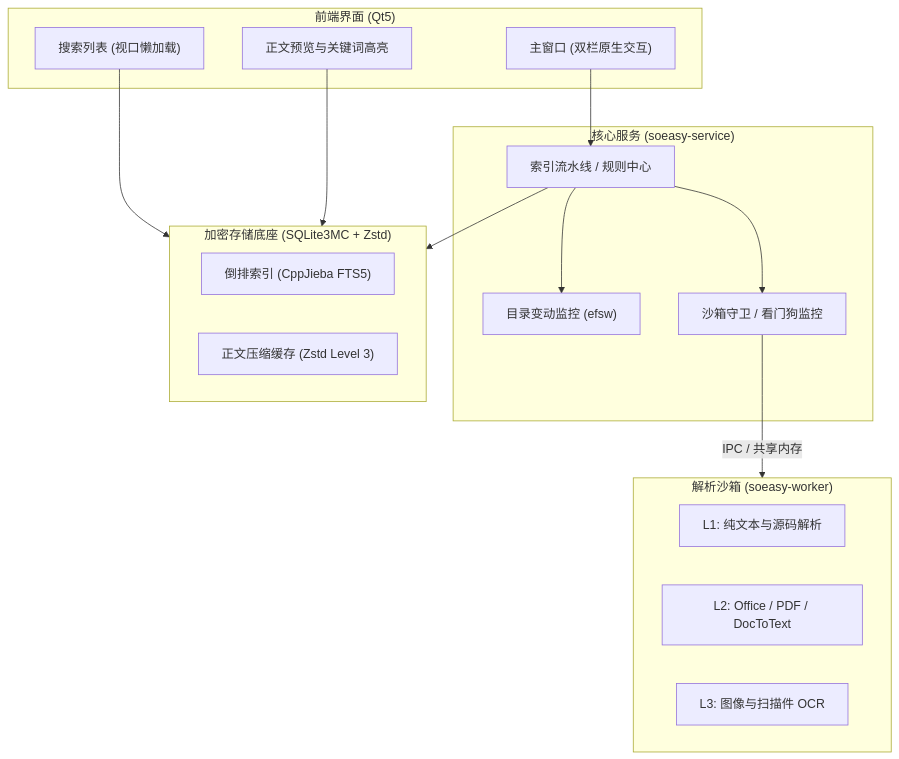
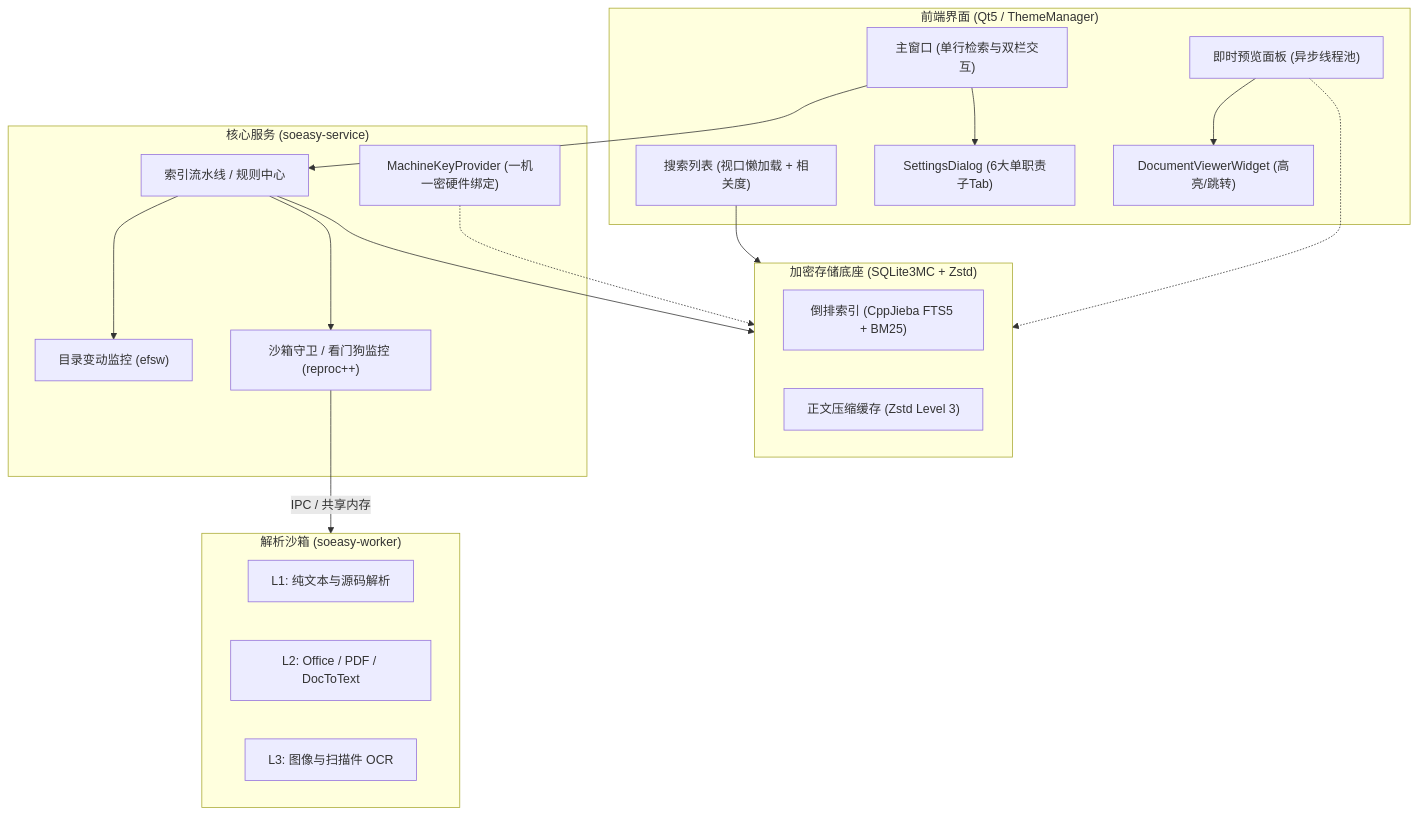
The diagram in README_zh.md (lilucpp/soeasy), drawn with Mermaid before and after one commit. The commit also changed other lines of this file and 6 other files, not shown here.

First line of the commit message:
docs: update README with v0.3.0 architecture, replace official app icon in landing page, and refine hero subtitle

````diff
--- a/README_zh.md
+++ b/README_zh.md
@@ -43,33 +50,39 @@
 ```mermaid
 flowchart TD
-    subgraph UI ["前端界面 (Qt5)"]
-        MainWindow["主窗口 (双栏原生交互)"]
-        ResultView["搜索列表 (视口懒加载)"]
-        PreviewPanel["正文预览与关键词高亮"]
+    subgraph UI ["前端界面 (Qt5 / ThemeManager)"]
+        MainWindow["主窗口 (单行检索与双栏交互)"]
+        ResultView["搜索列表 (视口懒加载 + 相关度)"]
+        PreviewPanel["即时预览面板 (异步线程池)"]
+        DocViewer["DocumentViewerWidget (高亮/跳转)"]
+        SettingsDialog["SettingsDialog (6大单职责子Tab)"]
     end
 
     subgraph Core ["核心服务 (soeasy-service)"]
         IndexPipeline["索引流水线 / 规则中心"]
         WatchEngine["目录变动监控 (efsw)"]
-        WorkerGuard["沙箱守卫 / 看门狗监控"]
+        WorkerGuard["沙箱守卫 / 看门狗监控 (reproc++)"]
+        MachineKey["MachineKeyProvider (一机一密硬件绑定)"]
     end
 
     subgraph Sandbox ["解析沙箱 (soeasy-worker)"]
         L1["L1: 纯文本与源码解析"]
         L2["L2: Office / PDF / DocToText"]
         L3["L3: 图像与扫描件 OCR"]
     end
 
     subgraph Storage ["加密存储底座 (SQLite3MC + Zstd)"]
-        FTS5["倒排索引 (CppJieba FTS5)"]
+        FTS5["倒排索引 (CppJieba FTS5 + BM25)"]
         CompressedCache["正文压缩缓存 (Zstd Level 3)"]
     end
 
     MainWindow --> IndexPipeline
+    MainWindow --> SettingsDialog
+    PreviewPanel --> DocViewer
     IndexPipeline --> WatchEngine
     IndexPipeline --> WorkerGuard
     WorkerGuard -- IPC / 共享内存 --> Sandbox
+    MachineKey -.-> Storage
     IndexPipeline --> Storage
     ResultView --> Storage
-    PreviewPanel --> Storage
+    PreviewPanel -.-> Storage
 ```
````
